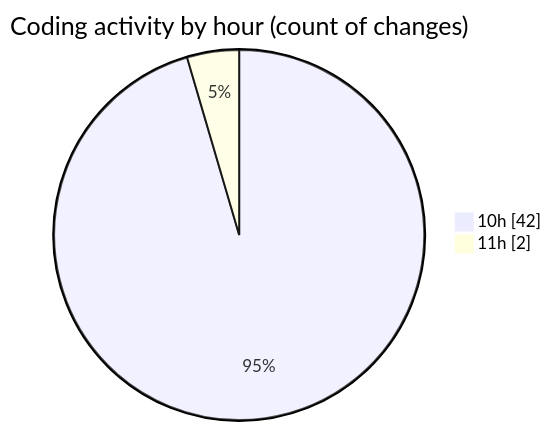
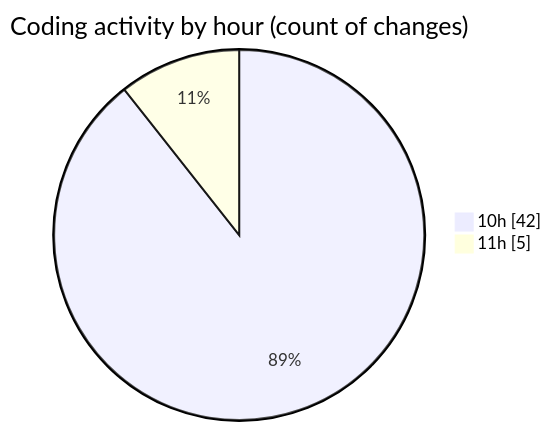
One commit to nxtqubesakshisongat/code-tracking changed the second of 2 diagrams in 2025-08-04/nxtqube_webapp/README.md. Above: the diagram before and after it, drawn with Mermaid. The commit also changed other lines of this file and 1 other file, not shown here.

````diff
--- a/2025-08-04/nxtqube_webapp/README.md
+++ b/2025-08-04/nxtqube_webapp/README.md
@@ -33,6 +33,6 @@
 ```mermaid
 pie showData
 title Coding activity by hour (count of changes)
 "10h" : 42
-"11h" : 2
+"11h" : 5
 ```
````
